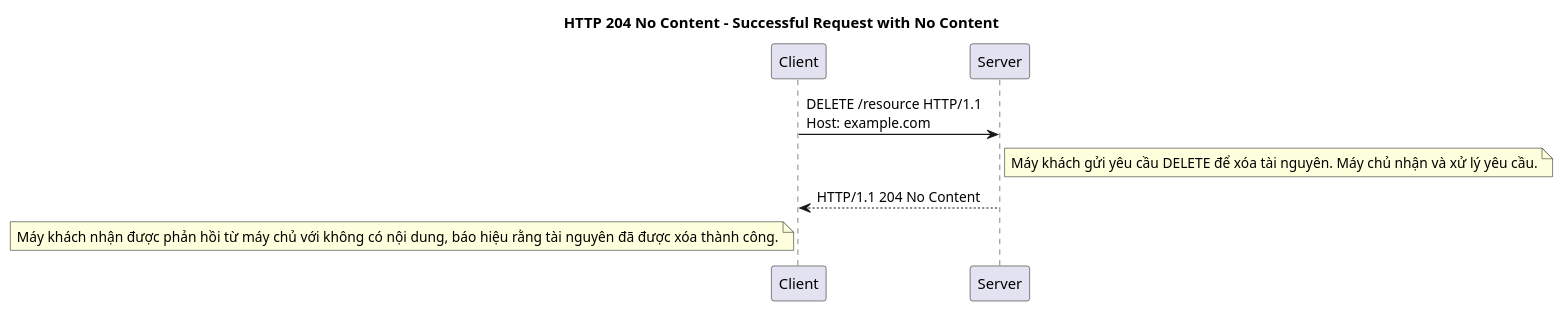
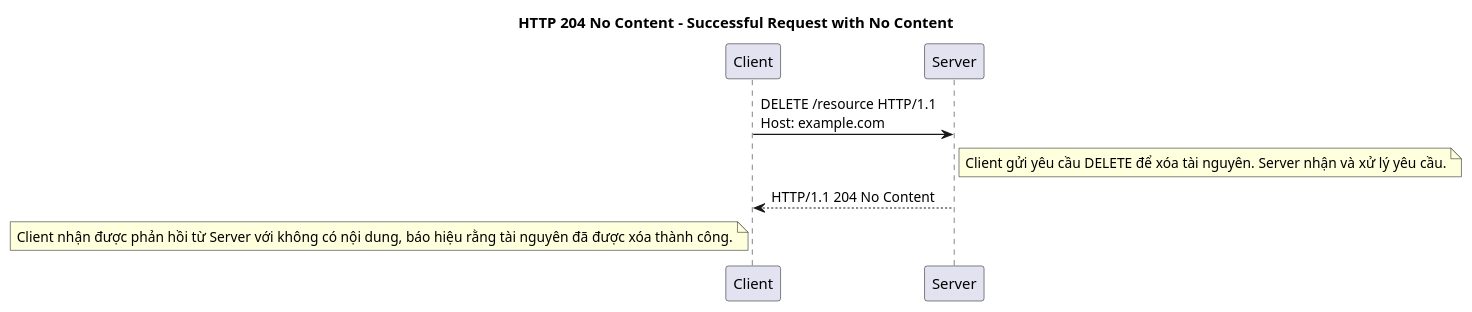
Before and after one commit to thanhlv-com/thanhlv-blog: the seventh of 27 diagrams in packages/apps/src/blog/2024-12-05-y-nghia-cua-cac-http-status-code.md, drawn with PlantUML. The commit also changed other lines of this file, not shown here.

````diff
--- a/packages/apps/src/blog/2024-12-05-y-nghia-cua-cac-http-status-code.md
+++ b/packages/apps/src/blog/2024-12-05-y-nghia-cua-cac-http-status-code.md
@@ -300,15 +300,15 @@
 ```plantuml
 @startuml
 
 title HTTP 204 No Content - Successful Request with No Content
 
 participant "Client" as C
 participant "Server" as S
 
 C -> S: DELETE /resource HTTP/1.1\nHost: example.com
-note right of S: Máy khách gửi yêu cầu DELETE để xóa tài nguyên. Máy chủ nhận và xử lý yêu cầu.
+note right of S: Client gửi yêu cầu DELETE để xóa tài nguyên. Server nhận và xử lý yêu cầu.
 
 S --> C: HTTP/1.1 204 No Content
-note left of C: Máy khách nhận được phản hồi từ máy chủ với không có nội dung, báo hiệu rằng tài nguyên đã được xóa thành công.
+note left of C: Client nhận được phản hồi từ Server với không có nội dung, báo hiệu rằng tài nguyên đã được xóa thành công.
 @enduml
 ```
````
